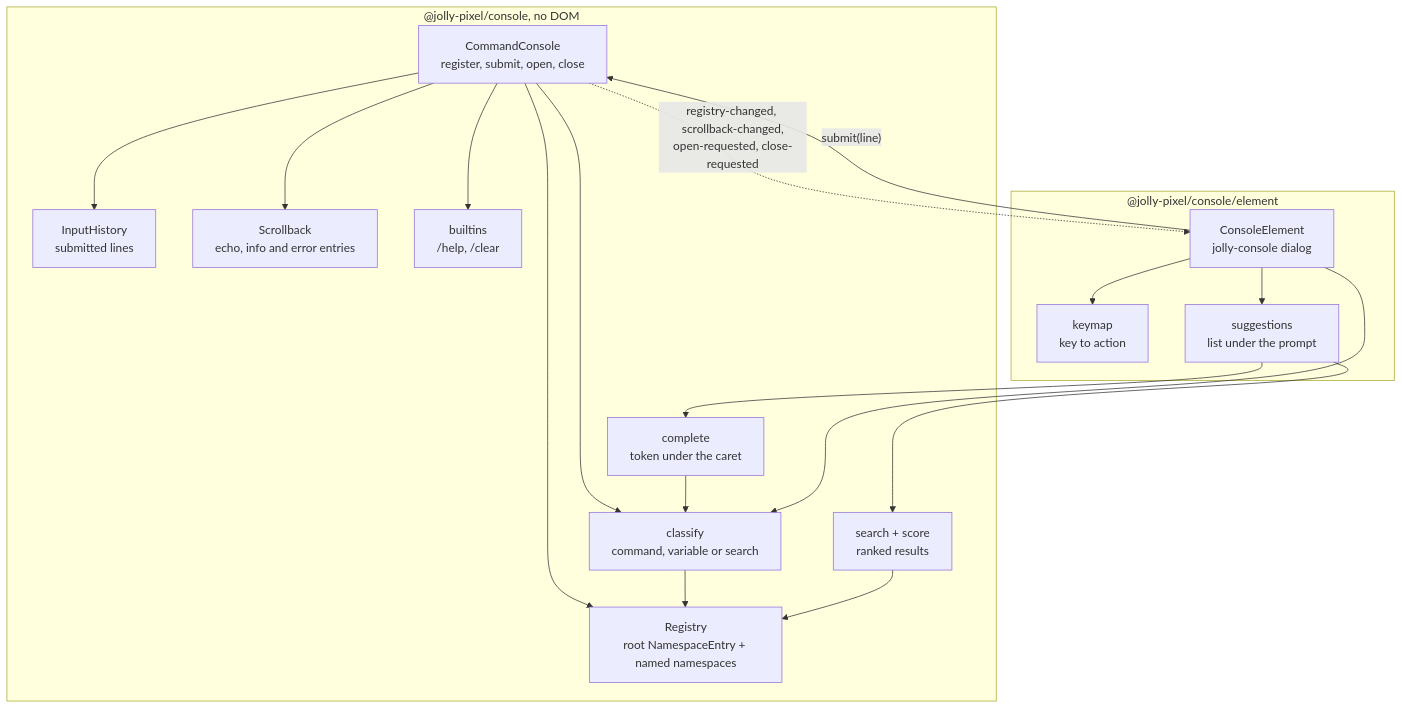
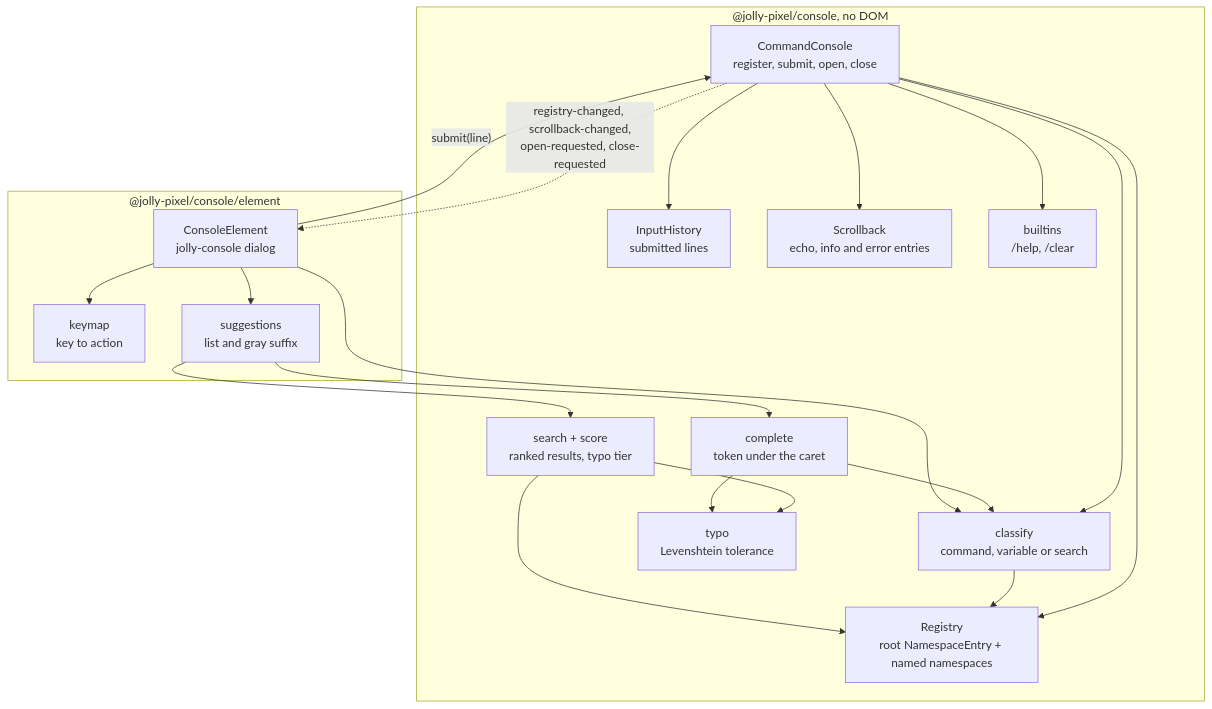
One commit to JollyPixel/editor changed the first of 6 diagrams in packages/console/ARCHITECTURE.md. Above: the diagram before and after it, drawn with Mermaid. The commit also changed other lines of this file and 22 other files, not shown here.

````diff
--- a/packages/console/ARCHITECTURE.md
+++ b/packages/console/ARCHITECTURE.md
@@ -11,26 +11,28 @@
 ```mermaid
 flowchart TB
     subgraph Root["@jolly-pixel/console, no DOM"]
         Console["CommandConsole<br/>register, submit, open, close"]
         Console --> Registry["Registry<br/>root NamespaceEntry + named namespaces"]
         Console --> History["InputHistory<br/>submitted lines"]
         Console --> Scrollback["Scrollback<br/>echo, info and error entries"]
         Console --> Builtins["builtins<br/>/help, /clear"]
         Console --> Classify["classify<br/>command, variable or search"]
         Classify --> Registry
-        Search["search + score<br/>ranked results"] --> Registry
+        Search["search + score<br/>ranked results, typo tier"] --> Registry
+        Search --> Typo["typo<br/>Levenshtein tolerance"]
         Complete["complete<br/>token under the caret"] --> Classify
+        Complete --> Typo
     end
 
     subgraph Element["@jolly-pixel/console/element"]
         Dialog["ConsoleElement<br/>jolly-console dialog"]
         Dialog --> Keymap["keymap<br/>key to action"]
-        Dialog --> Suggestions["suggestions<br/>list under the prompt"]
+        Dialog --> Suggestions["suggestions<br/>list and gray suffix"]
     end
 
     Dialog --> Classify
     Suggestions --> Search
     Suggestions --> Complete
     Dialog -->|"submit(line)"| Console
     Console -. "registry-changed, scrollback-changed,<br/>open-requested, close-requested" .-> Dialog
 ```
````
